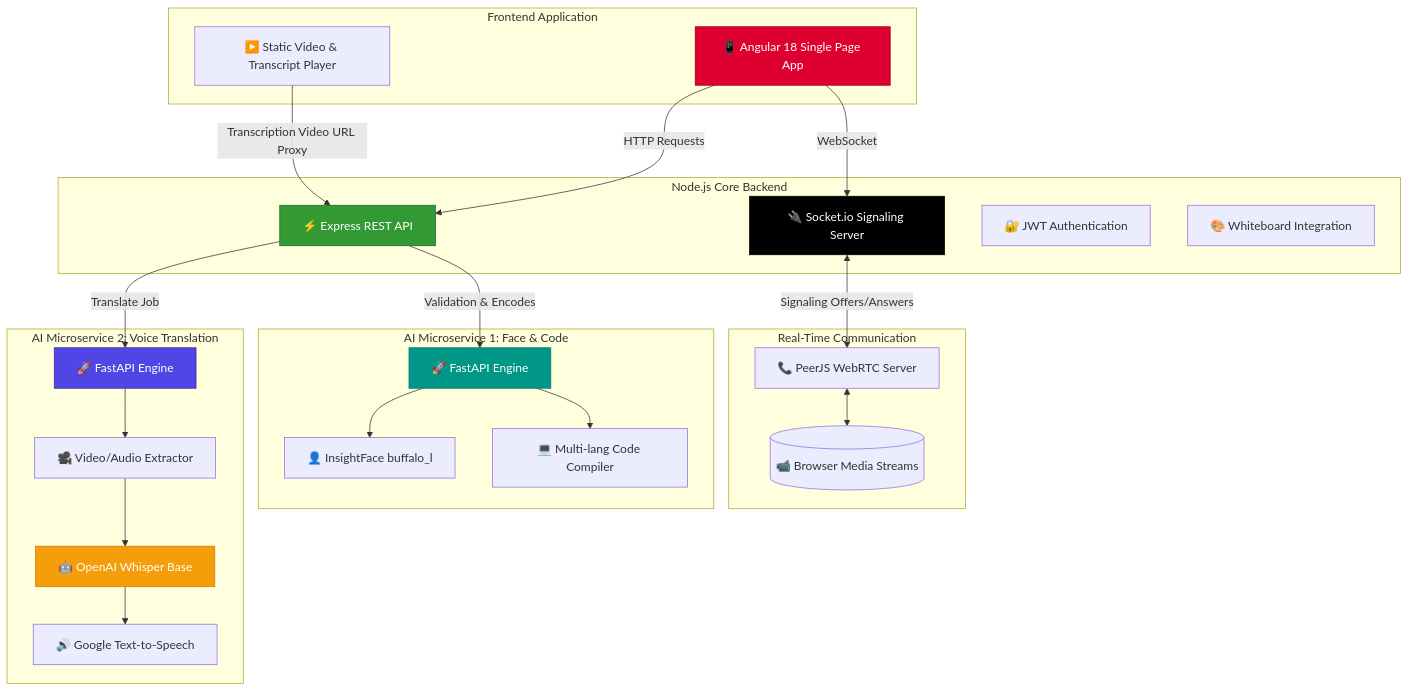
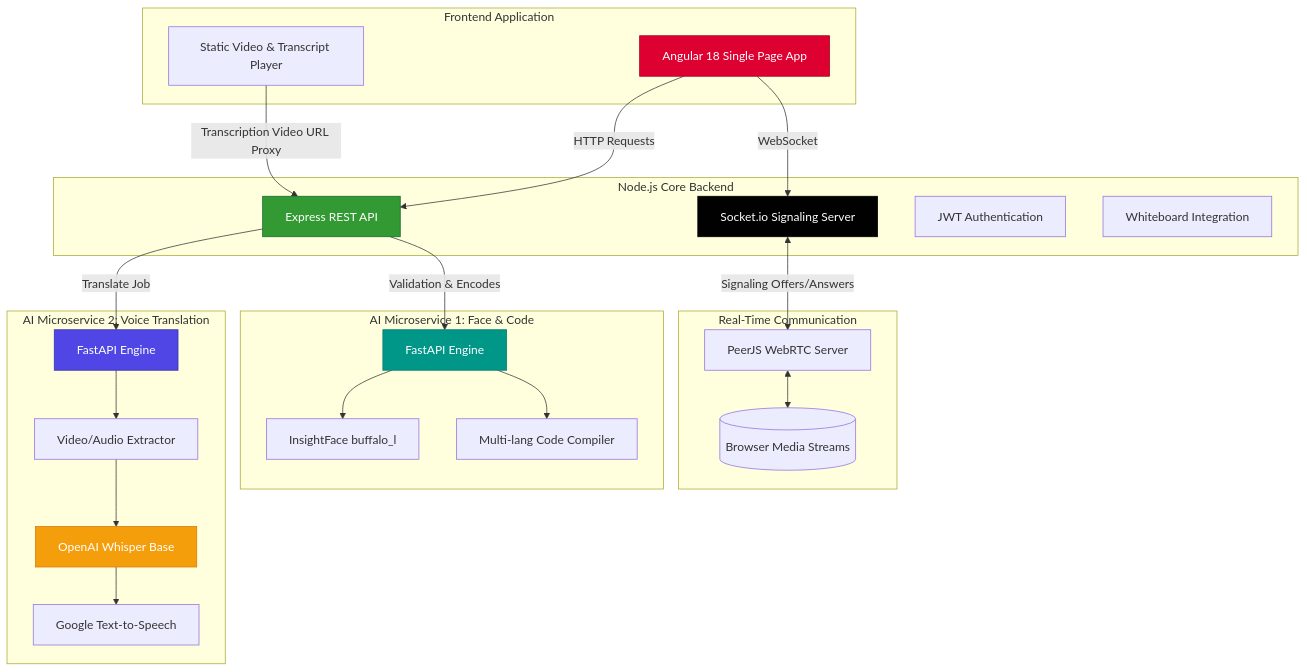
The second of 2 diagrams in README.md (Srikarsanka/orbitai), drawn with Mermaid before and after one commit. The commit also changed other lines of this file, not shown here.

Commit message:
docs: Update README with font icons instead of emojis

````diff
--- a/README.md
+++ b/README.md
@@ -58,55 +58,55 @@
 ```mermaid
 graph TD
     subgraph Frontend Application
-        UI[📱 Angular 18 Single Page App]
-        VPlayer[▶️ Static Video & Transcript Player]
+        UI[Angular 18 Single Page App]
+        VPlayer[Static Video & Transcript Player]
     end
 
     subgraph Node.js Core Backend
-        API[⚡ Express REST API]
-        Socket[🔌 Socket.io Signaling Server]
-        Auth[🔐 JWT Authentication]
-        WBO[🎨 Whiteboard Integration]
+        API[Express REST API]
+        Socket[Socket.io Signaling Server]
+        Auth[JWT Authentication]
+        WBO[Whiteboard Integration]
     end
     
     subgraph Real-Time Communication
-        PeerJS[📞 PeerJS WebRTC Server]
-        Media[(📹 Browser Media Streams)]
+        PeerJS[PeerJS WebRTC Server]
+        Media[(Browser Media Streams)]
     end
 
     subgraph AI Microservice 1: Face & Code
-        FastAPI_1[🚀 FastAPI Engine]
-        InsightFace[👤 InsightFace buffalo_l]
-        Exec[💻 Multi-lang Code Compiler]
+        FastAPI_1[FastAPI Engine]
+        InsightFace[InsightFace buffalo_l]
+        Exec[Multi-lang Code Compiler]
     end
 
     subgraph AI Microservice 2: Voice Translation
-        FastAPI_2[🚀 FastAPI Engine]
-        FFmpeg[🎥 Video/Audio Extractor]
-        Whisper[🤖 OpenAI Whisper Base]
-        GTTS[🔊 Google Text-to-Speech]
+        FastAPI_2[FastAPI Engine]
+        FFmpeg[Video/Audio Extractor]
+        Whisper[OpenAI Whisper Base]
+        GTTS[Google Text-to-Speech]
     end
 
     %% Connections
     UI -->|HTTP Requests| API
     UI -->|WebSocket| Socket
     Socket <-->|Signaling Offers/Answers| PeerJS
     PeerJS <--> Media
     
     API -->|Validation & Encodes| FastAPI_1
     FastAPI_1 --> InsightFace
     FastAPI_1 --> Exec
     
     VPlayer -->|Transcription Video URL Proxy| API
     API -->|Translate Job| FastAPI_2
     FastAPI_2 --> FFmpeg
     FFmpeg --> Whisper --> GTTS
     
     %% Styling
     style UI fill:#dd0031,color:#fff,stroke:#990022
     style API fill:#339933,color:#fff,stroke:#166534
     style Socket fill:#010101,color:#fff,stroke:#000
     style FastAPI_1 fill:#009688,color:#fff,stroke:#00796b
     style FastAPI_2 fill:#4f46e5,color:#fff,stroke:#3730a3
     style Whisper fill:#f59e0b,color:#fff,stroke:#d97706
 ```
````
